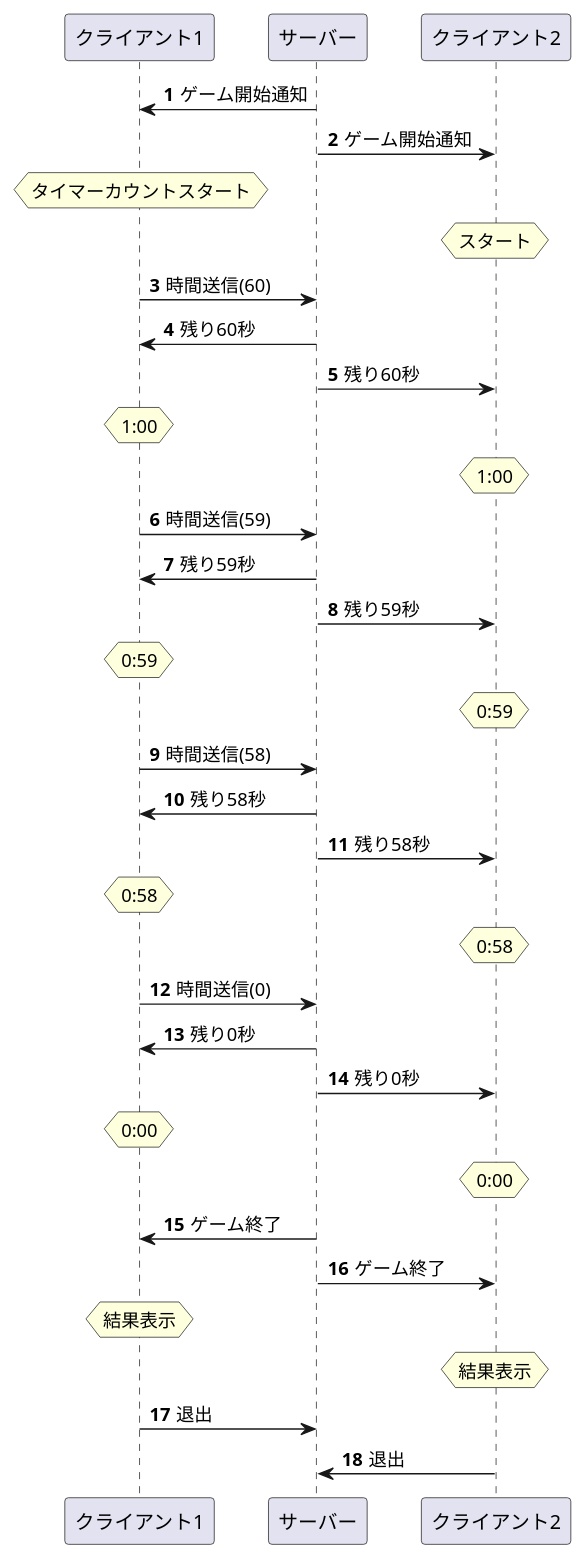
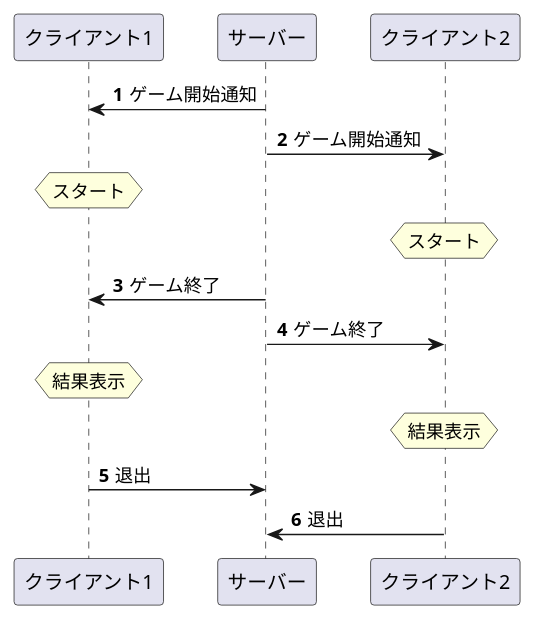
The diagram in Document/GameScene.puml (Neko-r1oN/real-timeGame), drawn with PlantUML before and after one commit. The commit also changed 6 other files, not shown here.

Commit message:
シーケンス図整理

```diff
--- a/Document/GameScene.puml
+++ b/Document/GameScene.puml
@@ -1,53 +1,26 @@
 @startuml
 
 'botシーケンス図'
 
 participant クライアント1
 participant サーバー
 participant クライアント2
 
 autonumber
 クライアント1 <- サーバー:ゲーム開始通知
 クライアント2 <- サーバー:ゲーム開始通知
 
-hnote over クライアント1 : タイマーカウントスタート
+hnote over クライアント1 : スタート
 hnote over クライアント2 : スタート
 
-クライアント1 -> サーバー:時間送信(60)
 
-クライアント1 <- サーバー:残り60秒
-クライアント2 <- サーバー:残り60秒
-
-hnote over クライアント1 : 1:00
-hnote over クライアント2 : 1:00
-
-クライアント1 -> サーバー:時間送信(59)
-
-クライアント1 <- サーバー:残り59秒
-クライアント2 <- サーバー:残り59秒
-hnote over クライアント1 : 0:59
-hnote over クライアント2 : 0:59
-
-クライアント1 -> サーバー:時間送信(58)
-
-クライアント1 <- サーバー:残り58秒
-クライアント2 <- サーバー:残り58秒
-hnote over クライアント1 : 0:58
-hnote over クライアント2 : 0:58
-
-クライアント1 -> サーバー:時間送信(0)
-
-クライアント1 <- サーバー:残り0秒
-クライアント2 <- サーバー:残り0秒
-hnote over クライアント1 : 0:00
-hnote over クライアント2 : 0:00
 
 クライアント1 <- サーバー:ゲーム終了
 クライアント2 <- サーバー:ゲーム終了
 
 hnote over クライアント1 : 結果表示
 hnote over クライアント2 : 結果表示
 
 クライアント1 -> サーバー:退出
 クライアント2 -> サーバー:退出
 @enduml
```
